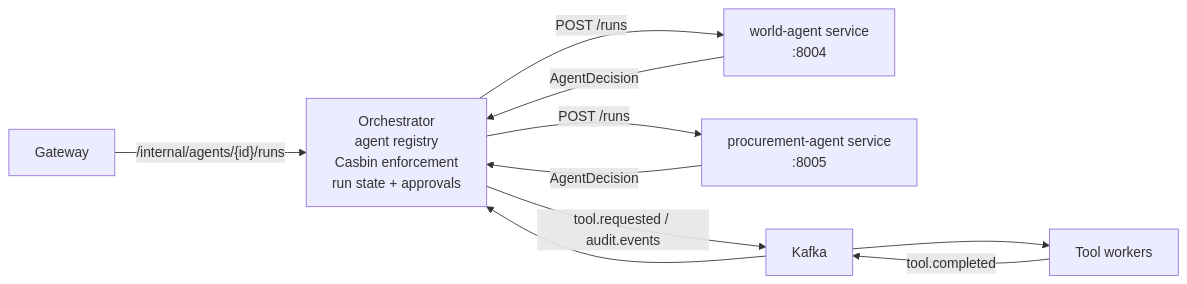
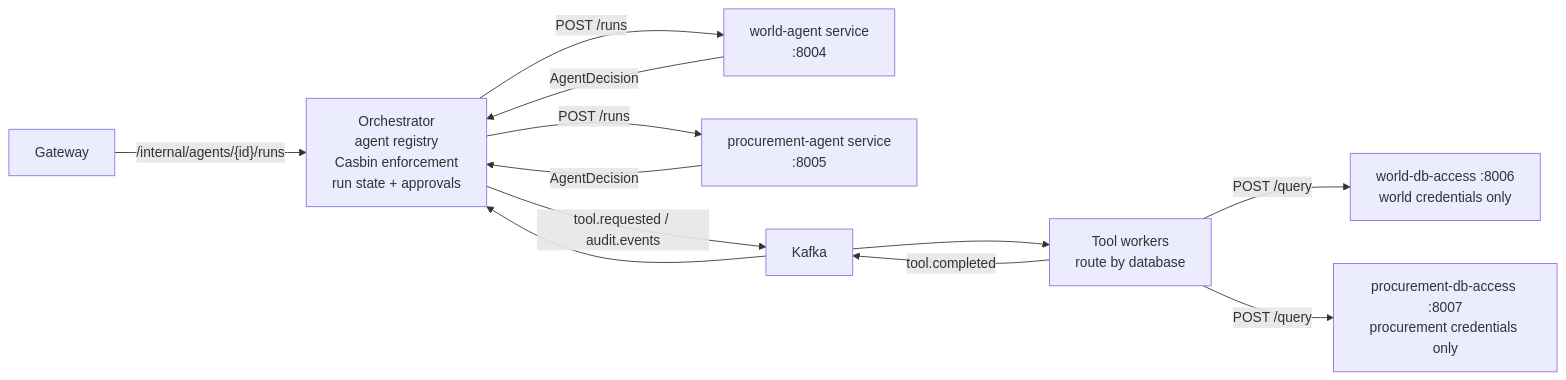
The diagram in docs/agent-services.md (varanyu-v/ai-agent-gateway), drawn with Mermaid before and after one commit. The commit also changed other lines of this file and 14 other files, not shown here.

````diff
--- a/docs/agent-services.md
+++ b/docs/agent-services.md
@@ -25,11 +25,13 @@
 ```mermaid
 flowchart LR
     gateway["Gateway"] -->|"/internal/agents/{id}/runs"| orchestrator["Orchestrator<br/>agent registry<br/>Casbin enforcement<br/>run state + approvals"]
     orchestrator -->|"POST /runs"| world["world-agent service<br/>:8004"]
     orchestrator -->|"POST /runs"| procurement["procurement-agent service<br/>:8005"]
     world -->|"AgentDecision"| orchestrator
     procurement -->|"AgentDecision"| orchestrator
     orchestrator -->|"tool.requested / audit.events"| kafka["Kafka"]
-    kafka --> workers["Tool workers"]
+    kafka --> workers["Tool workers<br/>route by database"]
+    workers -->|"POST /query"| worldplane["world-db-access :8006<br/>world credentials only"]
+    workers -->|"POST /query"| procplane["procurement-db-access :8007<br/>procurement credentials only"]
     workers -->|"tool.completed"| kafka --> orchestrator
 ```
````
